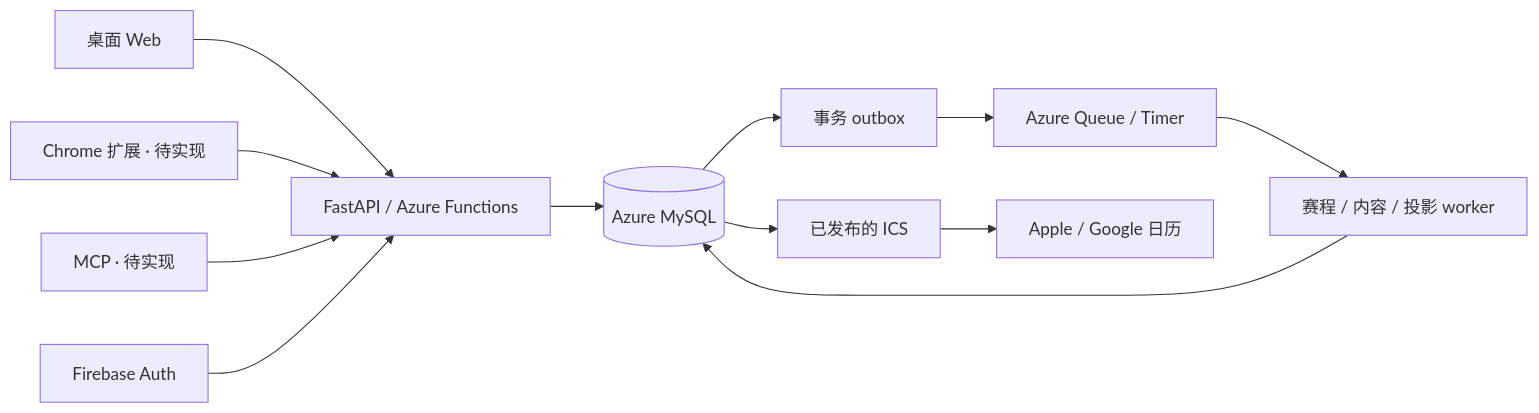
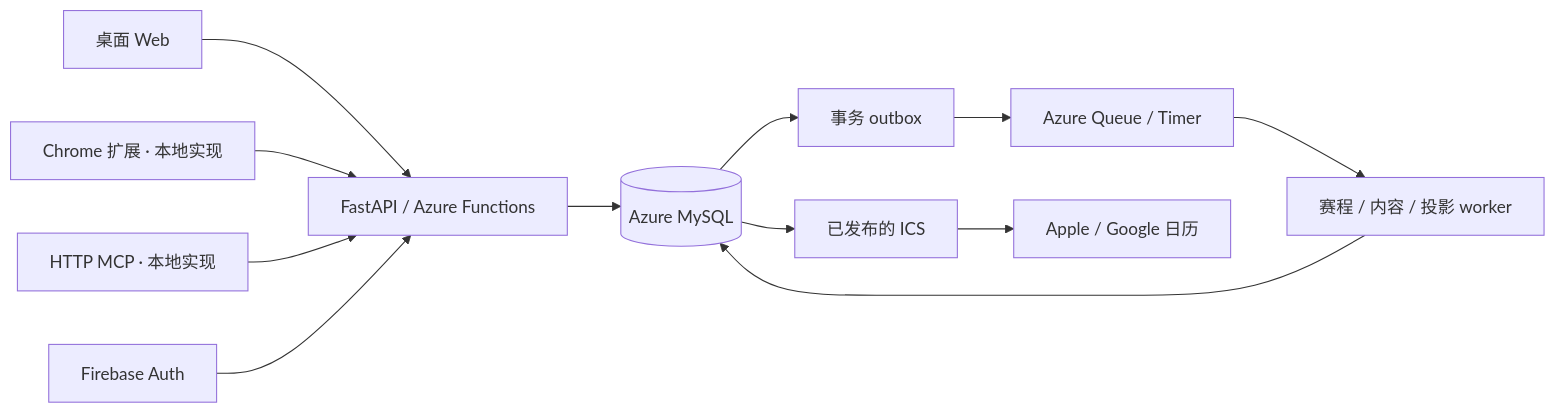
The diagram in docs/architecture.md (zhiqi-27/anke-sports-cloud), drawn with Mermaid before and after one commit. The commit also changed other lines of this file and 18 other files, not shown here.

````diff
--- a/docs/architecture.md
+++ b/docs/architecture.md
@@ -15,14 +15,14 @@
 ```mermaid
 flowchart LR
   Web[桌面 Web] --> API[FastAPI / Azure Functions]
-  Extension[Chrome 扩展 · 待实现] --> API
-  MCP[MCP · 待实现] --> API
+  Extension[Chrome 扩展 · 本地实现] --> API
+  MCP[HTTP MCP · 本地实现] --> API
   Auth[Firebase Auth] --> API
   API --> SQL[(Azure MySQL)]
   SQL --> Outbox[事务 outbox]
   Outbox --> Queue[Azure Queue / Timer]
   Queue --> Worker[赛程 / 内容 / 投影 worker]
   Worker --> SQL
   SQL --> ICS[已发布的 ICS]
   ICS --> Calendar[Apple / Google 日历]
 ```
````
